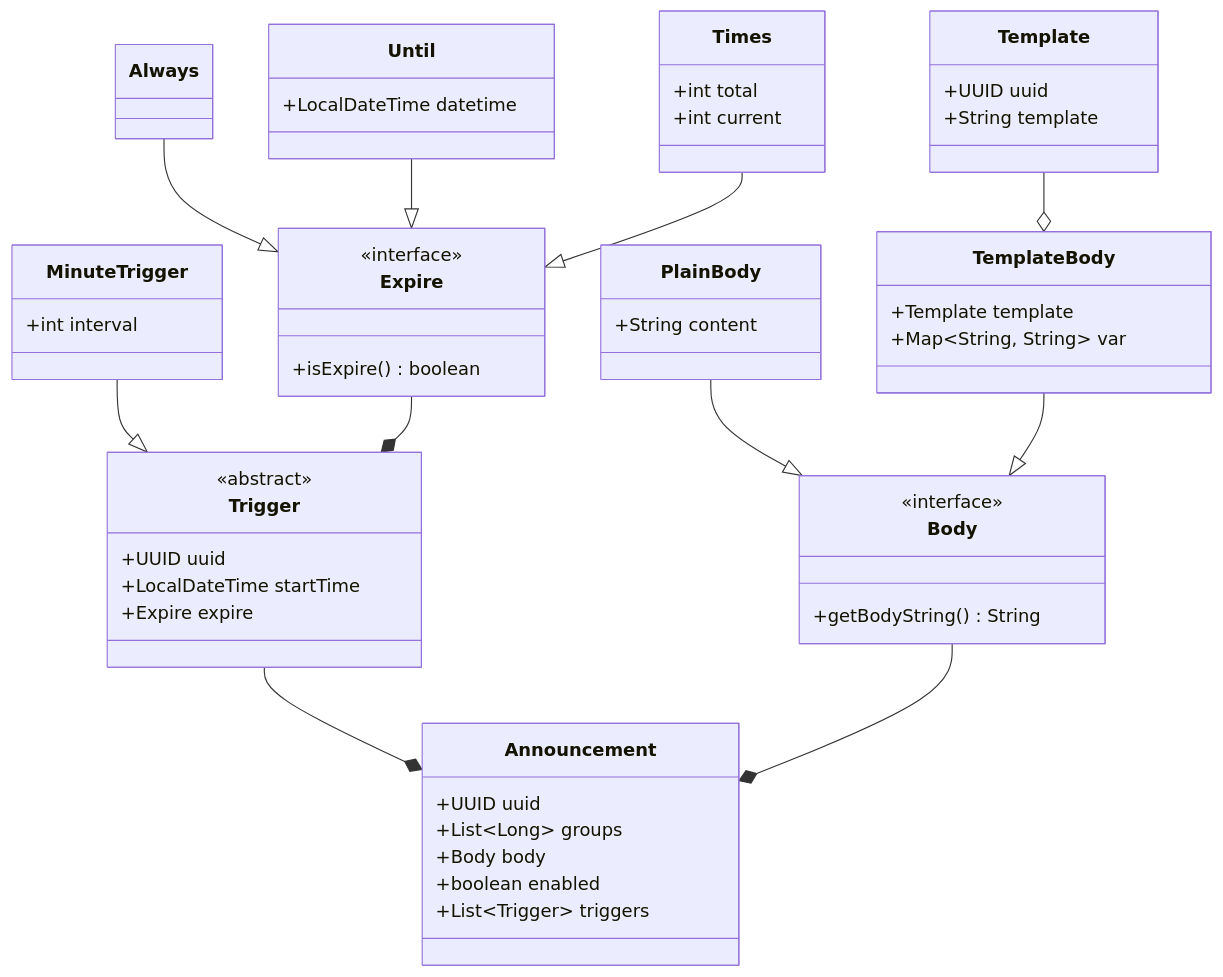
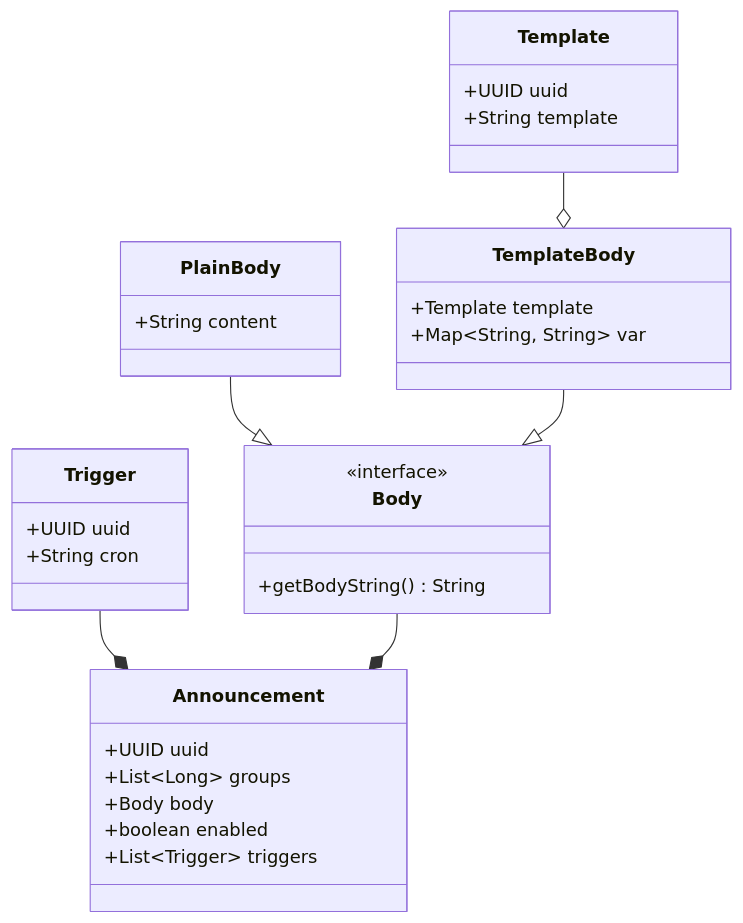
The first of 3 diagrams in docs/class-diagram.md (nanoyou/MaidNana), drawn with Mermaid before and after one commit. The commit also changed other lines of this file, not shown here.

Commit message:
doc: 优化 Trigger 结构

````diff
--- a/docs/class-diagram.md
+++ b/docs/class-diagram.md
@@ -3,58 +3,34 @@
 ```mermaid
 classDiagram
 class Body {
     <<interface>>    
     +getBodyString() String
 }
 class PlainBody {
     +String content
 }
 PlainBody --|> Body
 class Template {
     +UUID uuid
     +String template
 }
 class TemplateBody {
     +Template template
     +Map~String, String~ var
 }
 Template --o TemplateBody
 TemplateBody --|> Body
-class Expire {
-    <<interface>>
-    +isExpire() boolean
+class Trigger {
+    +UUID uuid
+    +String cron
 }
-class Always {
-    
-}
-Always --|> Expire
-class Until {
-    +LocalDateTime datetime
-}
-Until --|> Expire
-class Times {
-    +int total
-    +int current
-}
-Times --|> Expire
-class Trigger {
-    <<abstract>>
-    +UUID uuid
-    +LocalDateTime startTime
-    +Expire expire
-}
-class MinuteTrigger {
-    +int interval
-}
-MinuteTrigger --|> Trigger
-Expire --* Trigger
 class Announcement {
     +UUID uuid
     +List~Long~ groups
     +Body body
     +boolean enabled
     +List~Trigger~ triggers
 }
 Trigger --* Announcement
 Body --* Announcement
 ```
````
